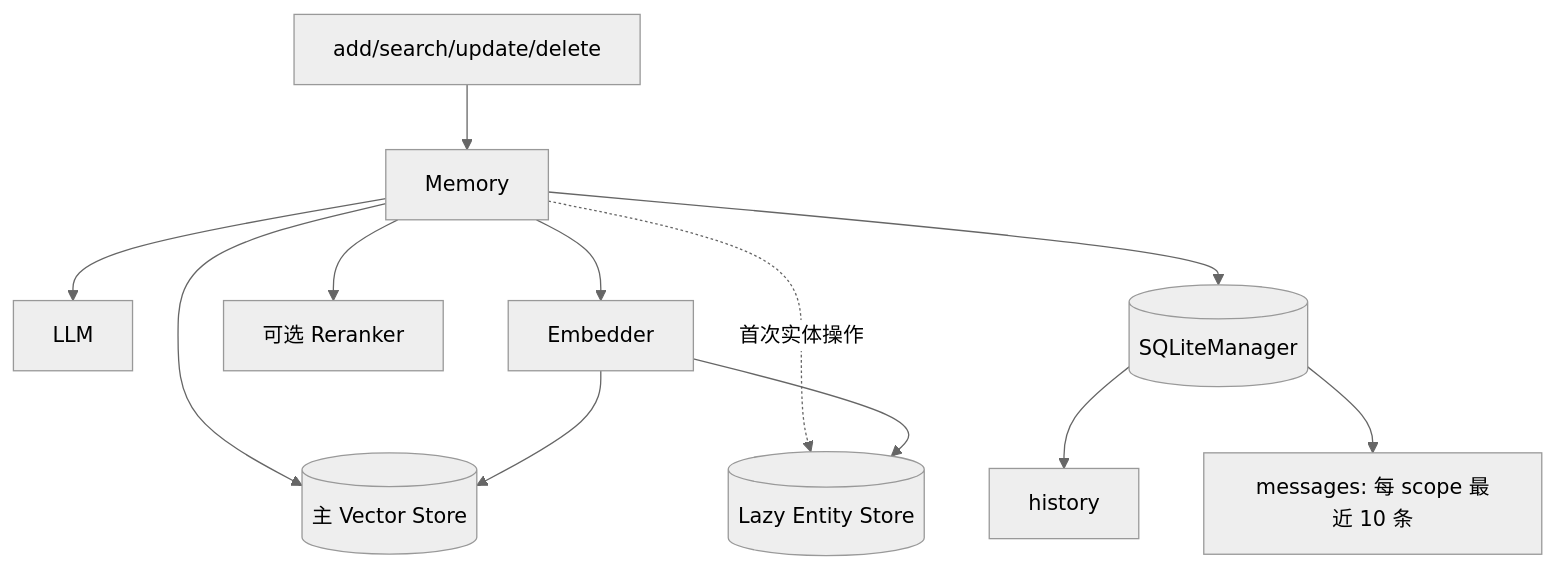
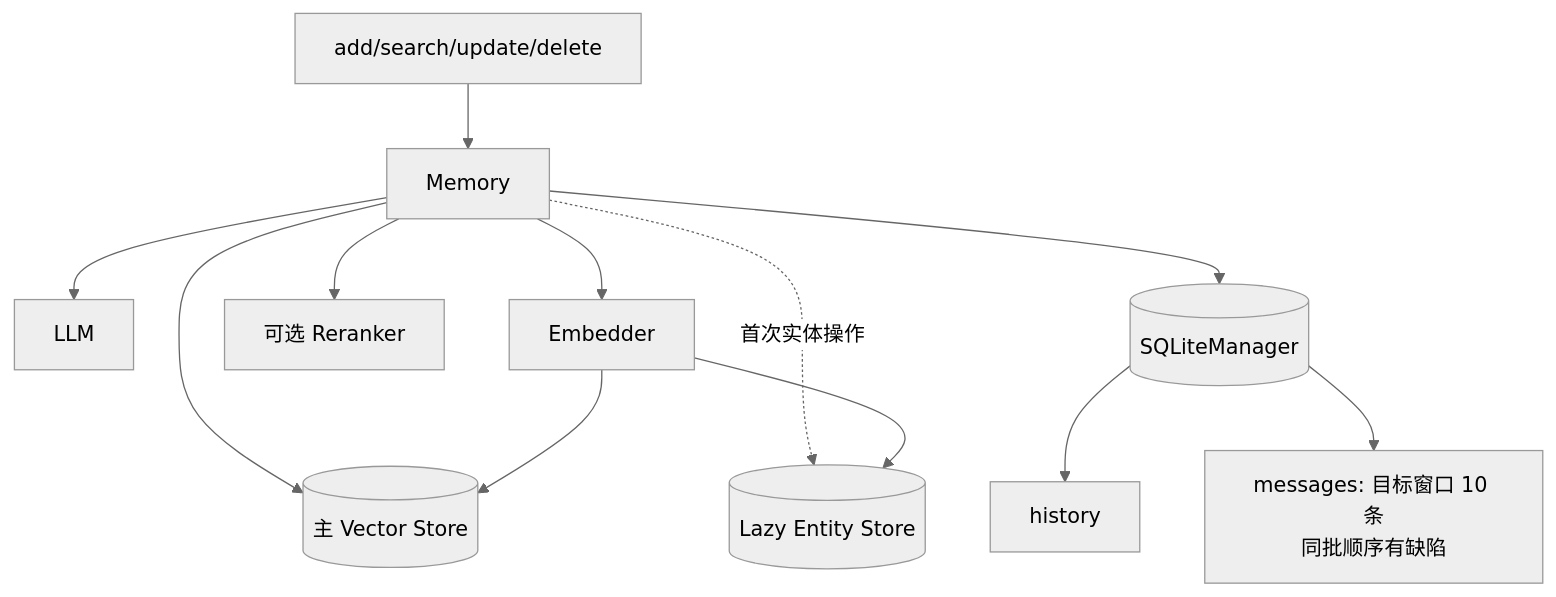
Before and after one commit to StevenLZM/mem0: the sixth of 12 diagrams in docs/learning/mem0-memory-system-design.zh-CN.md, drawn with Mermaid (neutral theme). The commit also changed other lines of this file and 2 other files, not shown here.

Commit message:
fix: close memory tutorial lifecycle and scope gaps

````diff
--- a/docs/learning/mem0-memory-system-design.zh-CN.md
+++ b/docs/learning/mem0-memory-system-design.zh-CN.md
@@ -335,14 +319,14 @@
 ```mermaid
 flowchart TB
     API[add/search/update/delete] --> M[Memory]
     M --> L[LLM]
     M --> E[Embedder]
     M --> V[(主 Vector Store)]
     M --> R[可选 Reranker]
     M --> Q[(SQLiteManager)]
     Q --> H[history]
-    Q --> MSG[messages: 每 scope 最近 10 条]
+    Q --> MSG[messages: 目标窗口 10 条<br/>同批顺序有缺陷]
     M -.首次实体操作.-> ES[(Lazy Entity Store)]
     E --> V
     E --> ES
 ```
````
